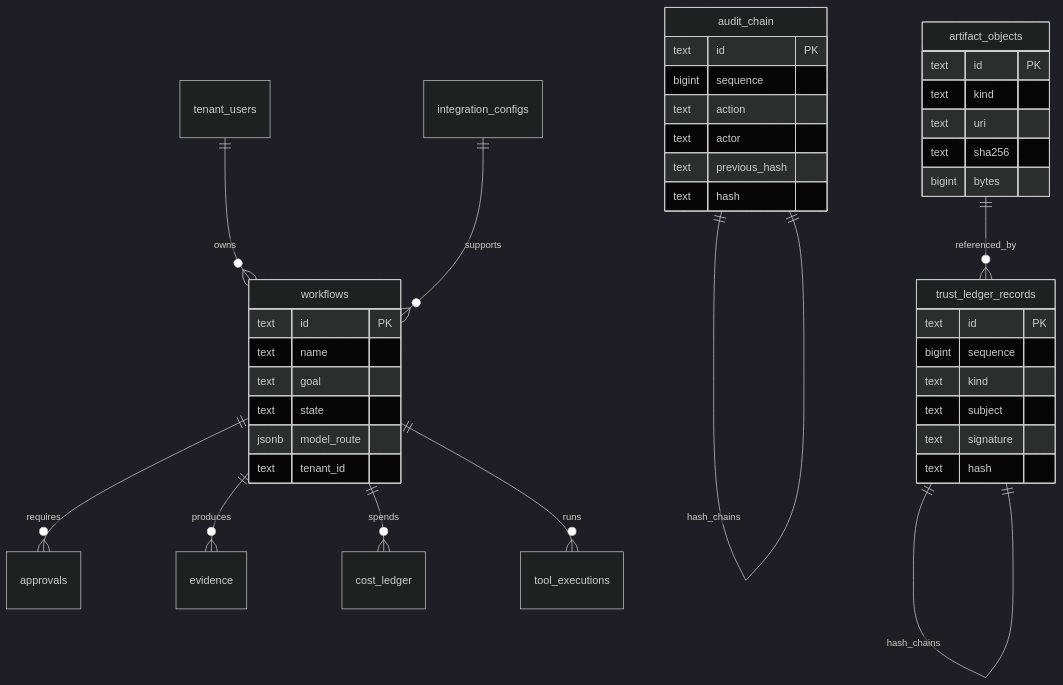
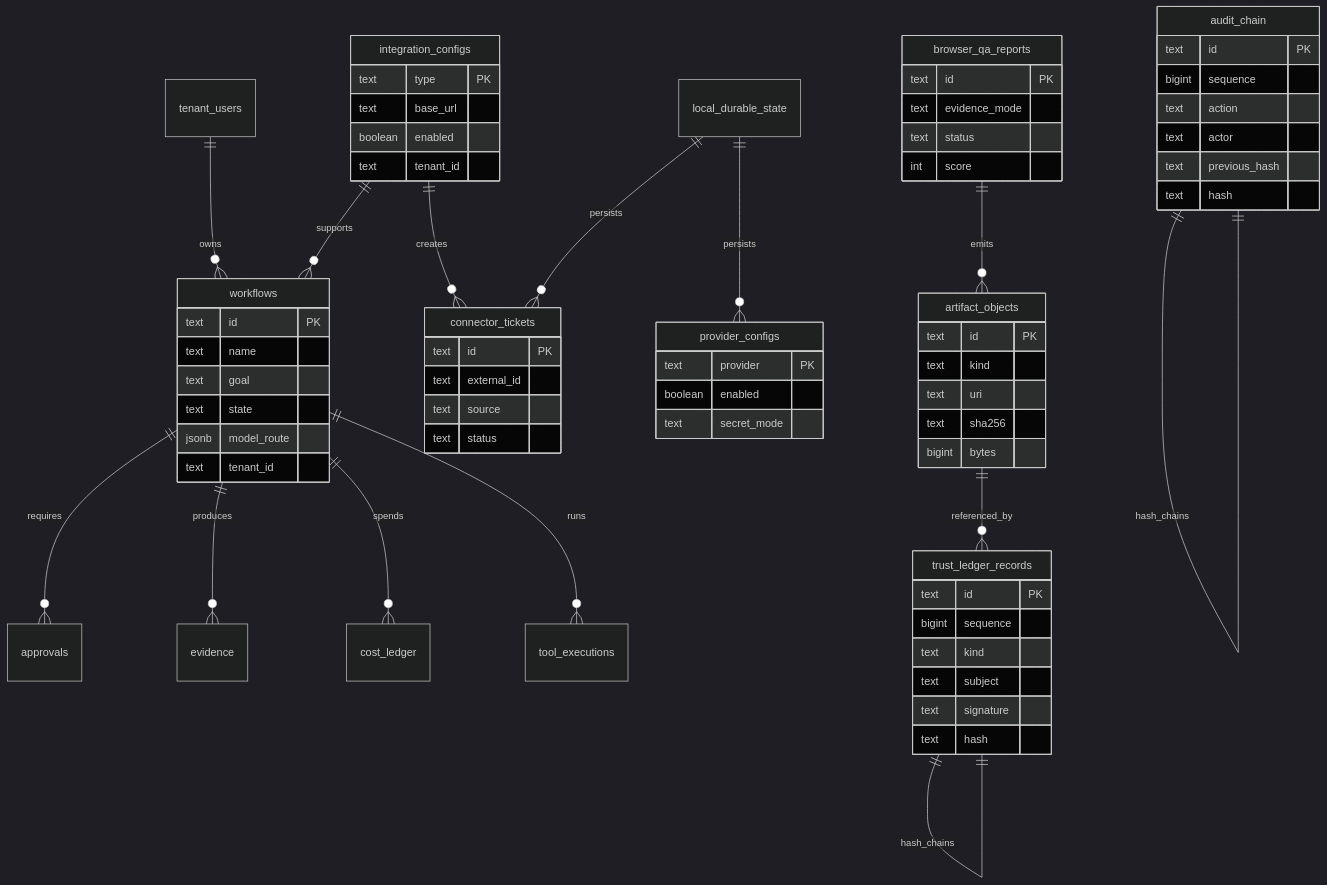
Before and after one commit to Cholarajarp/AXON-IT-Agentic-OS: the seventh of 7 diagrams in README.md, drawn with Mermaid (dark theme). The commit also changed other lines of this file and 131 other files, not shown here.

````diff
--- a/README.md
+++ b/README.md
@@ -231,47 +262,78 @@
 ```mermaid
 erDiagram
   workflows ||--o{ approvals : requires
   workflows ||--o{ evidence : produces
   workflows ||--o{ cost_ledger : spends
   workflows ||--o{ tool_executions : runs
   audit_chain ||--|| audit_chain : hash_chains
   trust_ledger_records ||--|| trust_ledger_records : hash_chains
   tenant_users ||--o{ workflows : owns
   integration_configs ||--o{ workflows : supports
+  integration_configs ||--o{ connector_tickets : creates
+  local_durable_state ||--o{ connector_tickets : persists
+  local_durable_state ||--o{ provider_configs : persists
+  browser_qa_reports ||--o{ artifact_objects : emits
   artifact_objects ||--o{ trust_ledger_records : referenced_by
 
   workflows {
     text id PK
     text name
     text goal
     text state
     jsonb model_route
     text tenant_id
   }
 
   audit_chain {
     text id PK
     bigint sequence
     text action
     text actor
     text previous_hash
     text hash
   }
 
   trust_ledger_records {
     text id PK
     bigint sequence
     text kind
     text subject
     text signature
     text hash
   }
 
   artifact_objects {
     text id PK
     text kind
     text uri
     text sha256
     bigint bytes
   }
+
+  integration_configs {
+    text type PK
+    text base_url
+    boolean enabled
+    text tenant_id
+  }
+
+  connector_tickets {
+    text id PK
+    text external_id
+    text source
+    text status
+  }
+
+  provider_configs {
+    text provider PK
+    boolean enabled
+    text secret_mode
+  }
+
+  browser_qa_reports {
+    text id PK
+    text evidence_mode
+    text status
+    int score
+  }
 ```
````
